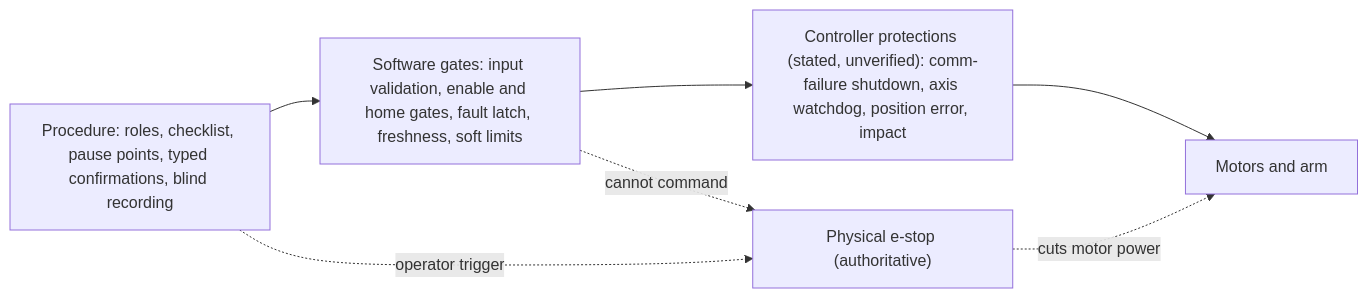
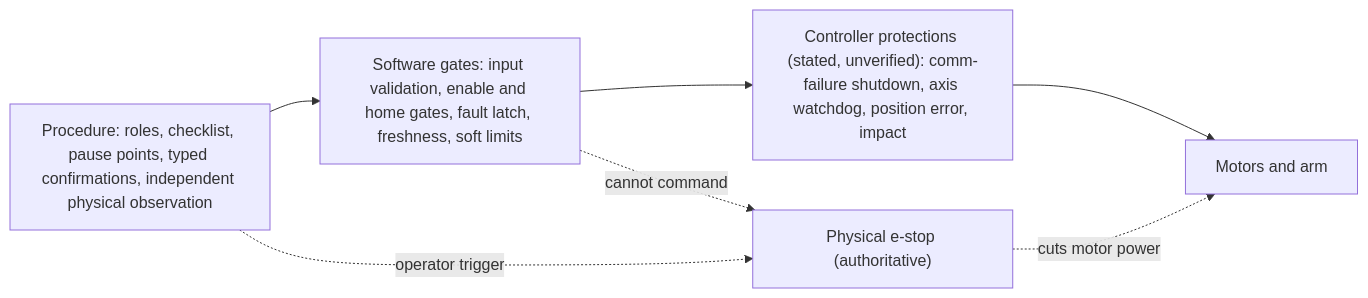
One commit to Sebastianr8243/scorbot-er4u-python changed the first of 2 diagrams in docs/SAFETY_CASE.md. Above: the diagram before and after it, drawn with Mermaid. The commit also changed other lines of this file and 6 other files, not shown here.

Commit message:
Refactor G1 lab checklist to clarify goals and procedures; update roles and responsibilities. Improve safety case with clearer hazard descriptions and mitigations. Revise Windows bench run instructions for clarity and conciseness, emphasizing USB driver setup and preflight checks.

````diff
--- a/docs/SAFETY_CASE.md
+++ b/docs/SAFETY_CASE.md
@@ -22,12 +22,12 @@
 ```mermaid
 flowchart LR
-    P["Procedure: roles, checklist, pause points, typed confirmations, blind recording"]
+    P["Procedure: roles, checklist, pause points, typed confirmations, independent physical observation"]
     S["Software gates: input validation, enable and home gates, fault latch, freshness, soft limits"]
     C["Controller protections (stated, unverified): comm-failure shutdown, axis watchdog, position error, impact"]
     E["Physical e-stop (authoritative)"]
     M["Motors and arm"]
     P --> S --> C --> M
     E -. "cuts motor power" .-> M
     P -. "operator trigger" .-> E
     S -. "cannot command" .-> E
 ```
````
